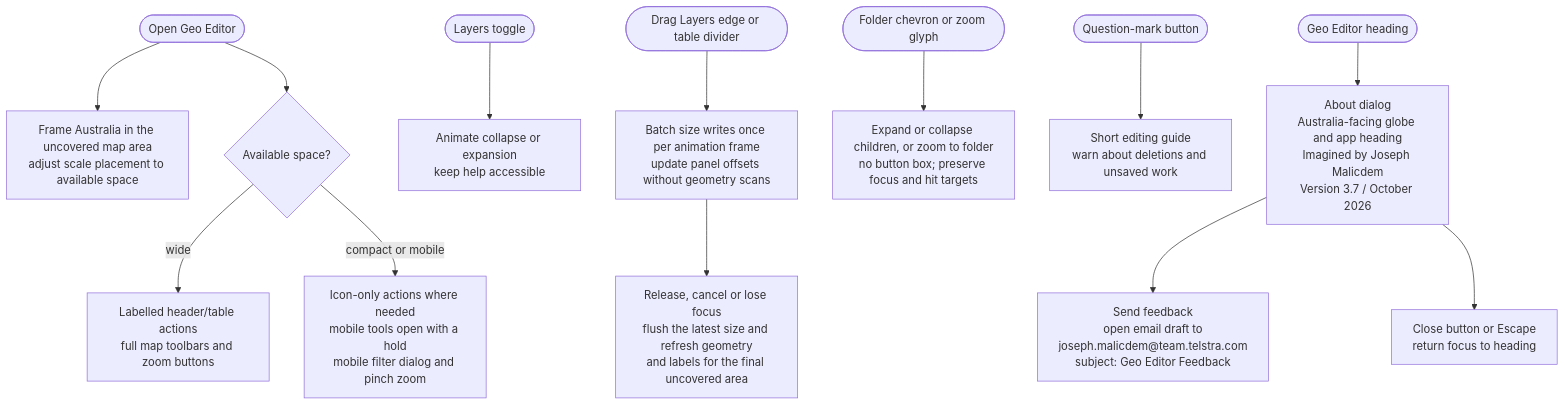
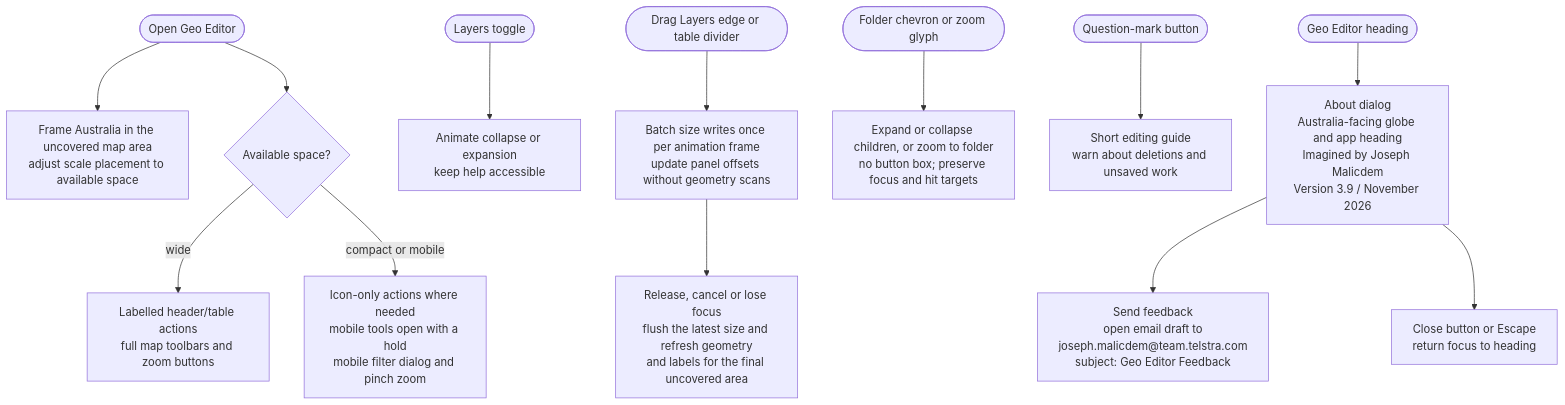
Before and after one commit to telstra-joseph/geoeditor: the tenth of 10 diagrams in FLOWCHART.md, drawn with Mermaid. The commit also changed other lines of this file and 5 other files, not shown here.

````diff
--- a/FLOWCHART.md
+++ b/FLOWCHART.md
@@ -302,15 +302,15 @@
 ```mermaid
 flowchart TD
     Start(["Open Geo Editor"]) --> Map["Frame Australia in the uncovered map area<br/>adjust scale placement to available space"]
     Start --> Layout{"Available space?"}
     Layout -->|"wide"| Wide["Labelled header/table actions<br/>full map toolbars and zoom buttons"]
     Layout -->|"compact or mobile"| Compact["Icon-only actions where needed<br/>mobile tools open with a hold<br/>mobile filter dialog and pinch zoom"]
     Sidebar(["Layers toggle"]) --> Panels["Animate collapse or expansion<br/>keep help accessible"]
     Resize(["Drag Layers edge or table divider"]) --> Frame["Batch size writes once per animation frame<br/>update panel offsets without geometry scans"]
     Frame --> Release["Release, cancel or lose focus<br/>flush the latest size and refresh geometry<br/>and labels for the final uncovered area"]
     Folder(["Folder chevron or zoom glyph"]) --> FolderAction["Expand or collapse children, or zoom to folder<br/>no button box; preserve focus and hit targets"]
     Help(["Question-mark button"]) --> Guide["Short editing guide<br/>warn about deletions and unsaved work"]
-    Title(["Geo Editor heading"]) --> About["About dialog<br/>Australia-facing globe and app heading<br/>Imagined by Joseph Malicdem<br/>Version 3.7 / October 2026"]
+    Title(["Geo Editor heading"]) --> About["About dialog<br/>Australia-facing globe and app heading<br/>Imagined by Joseph Malicdem<br/>Version 3.9 / November 2026"]
     About --> Feedback["Send feedback<br/>open email draft to<br/>joseph.malicdem@team.telstra.com<br/>subject: Geo Editor Feedback"]
     About --> Close["Close button or Escape<br/>return focus to heading"]
 ```
````
